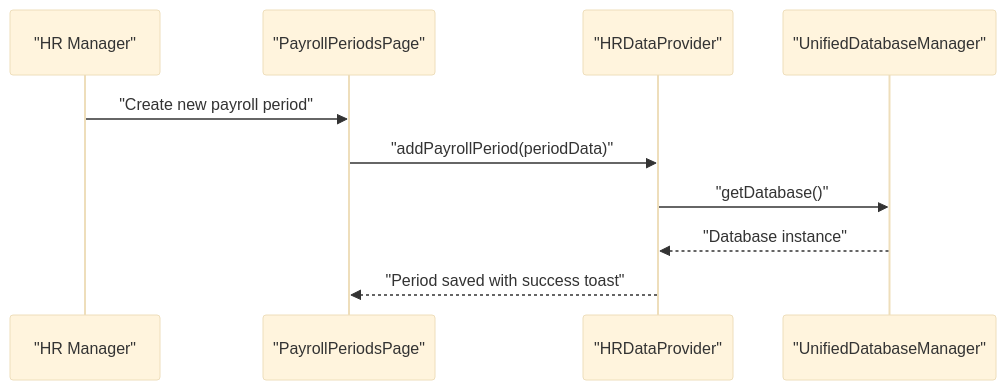
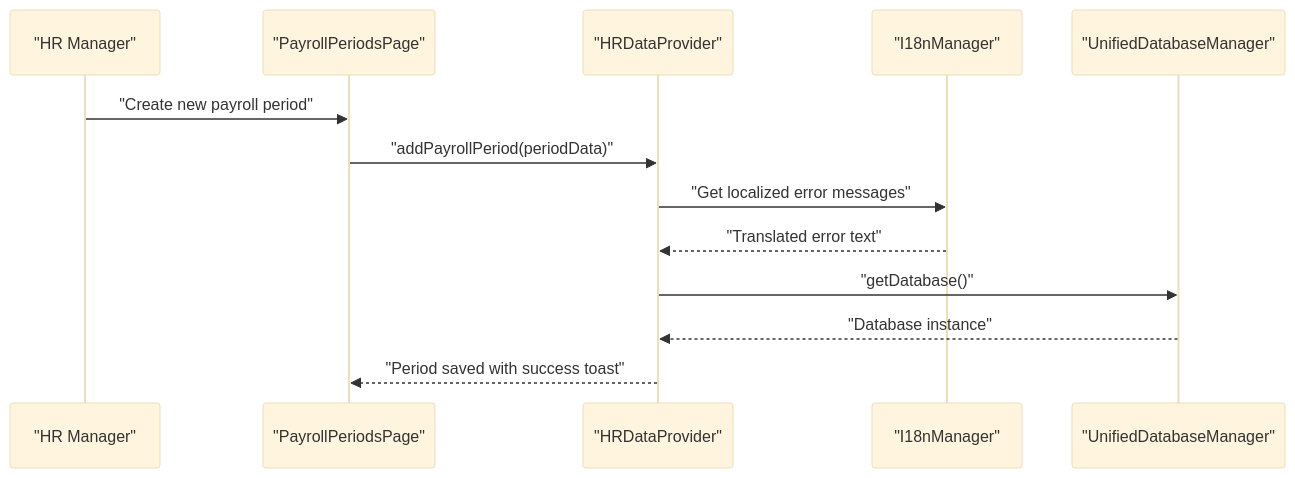
One commit to geniusdynamics/schoolpilot changed the ninth of 12 diagrams in .qoder/repowiki/en/content/Modules System/HR Module.md. Above: the diagram before and after it, drawn with Mermaid (base theme). The commit also changed other lines of this file and 16 other files, not shown here.

````diff
--- a/.qoder/repowiki/en/content/Modules System/HR Module.md
+++ b/.qoder/repowiki/en/content/Modules System/HR Module.md
@@ -340,12 +415,15 @@
 ```mermaid
 sequenceDiagram
 participant Admin as "HR Manager"
 participant Periods as "PayrollPeriodsPage"
 participant Facade as "HRDataProvider"
+participant I18n as "I18nManager"
 participant DB as "UnifiedDatabaseManager"
 Admin->>Periods : "Create new payroll period"
 Periods->>Facade : "addPayrollPeriod(periodData)"
+Facade->>I18n : "Get localized error messages"
+I18n-->>Facade : "Translated error text"
 Facade->>DB : "getDatabase()"
 DB-->>Facade : "Database instance"
 Facade-->>Periods : "Period saved with success toast"
 ```
````
